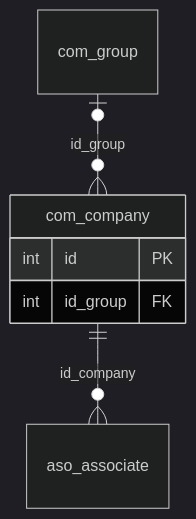
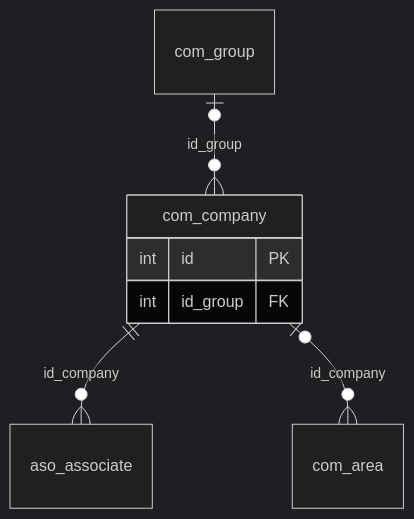
One commit to softwaresamm/IDAE.Docs changed the diagram in docs/safe/database/com/company.md. Above: the diagram before and after it, drawn with Mermaid (dark theme). The commit also changed other lines of this file and 14 other files, not shown here.

````diff
--- a/docs/safe/database/com/company.md
+++ b/docs/safe/database/com/company.md
@@ -46,11 +46,13 @@
 ```mermaid
 erDiagram
     com_company {
         int id PK
         int id_group FK
     }
     aso_associate
+    com_area
     com_group
     com_company ||--o{ aso_associate : "id_company"
+    com_company |o--o{ com_area : "id_company"
     com_group |o--o{ com_company : "id_group"
 ```
````
